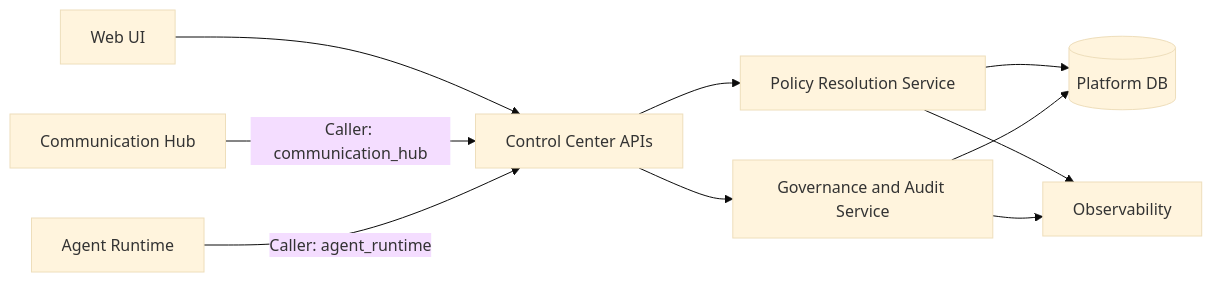
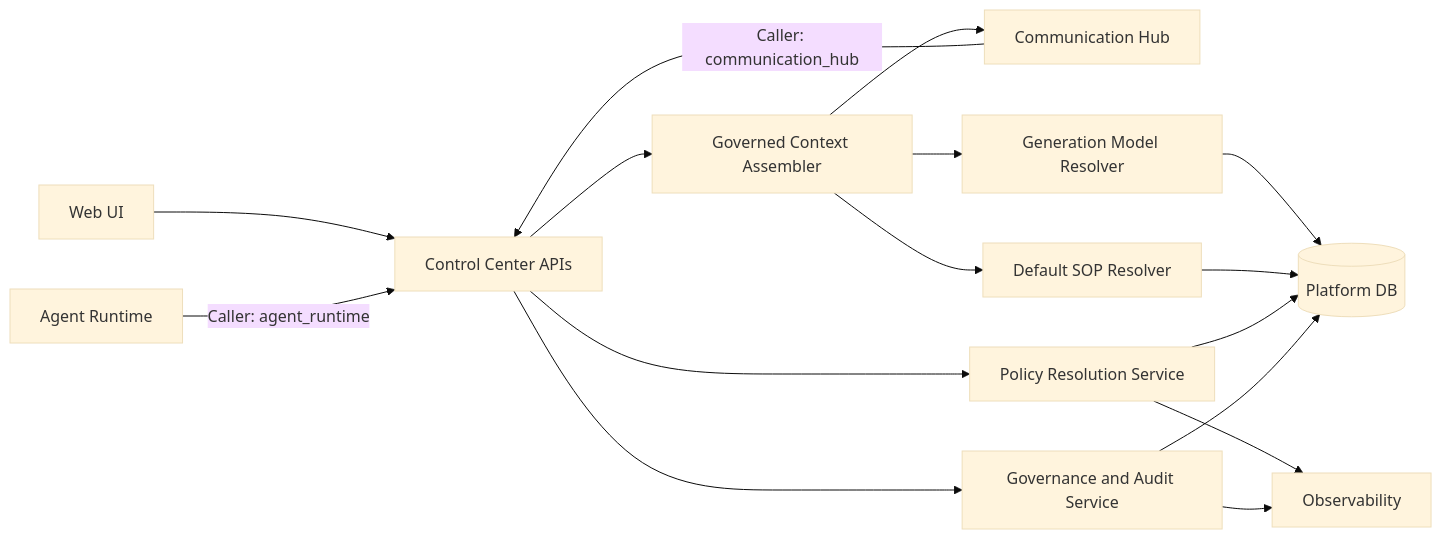
The first of 2 diagrams in docs/master/architecture/modules/control-center/architecture.md (hurungang/parthenon), drawn with Mermaid (base theme) before and after one commit. The commit also changed other lines of this file and 39 other files, not shown here.

````diff
--- a/docs/master/architecture/modules/control-center/architecture.md
+++ b/docs/master/architecture/modules/control-center/architecture.md
@@ -3,21 +3,30 @@
 ```mermaid
 flowchart LR
     UI[Web UI]
     CH[Communication Hub]
     AR[Agent Runtime]
     API[Control Center APIs]
     POL[Policy Resolution Service]
+    CTX[Governed Context Assembler]
+    CFG[Generation Model Resolver]
+    SOP[Default SOP Resolver]
     GOV[Governance and Audit Service]
     DB[(Platform DB)]
     OBS[Observability]
 
     UI --> API
     CH -->|Caller: communication_hub| API
     AR -->|Caller: agent_runtime| API
     API --> POL
+    API --> CTX
+    CTX --> CFG
+    CTX --> SOP
+    CFG --> DB
+    SOP --> DB
     API --> GOV
     POL --> DB
     GOV --> DB
+    CTX --> CH
     POL --> OBS
     GOV --> OBS
 ```
````
